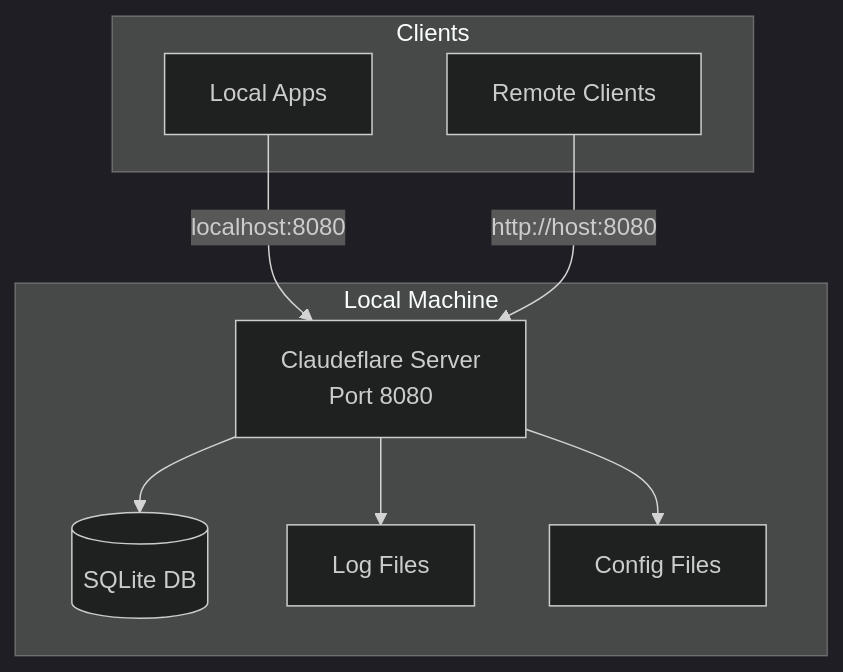
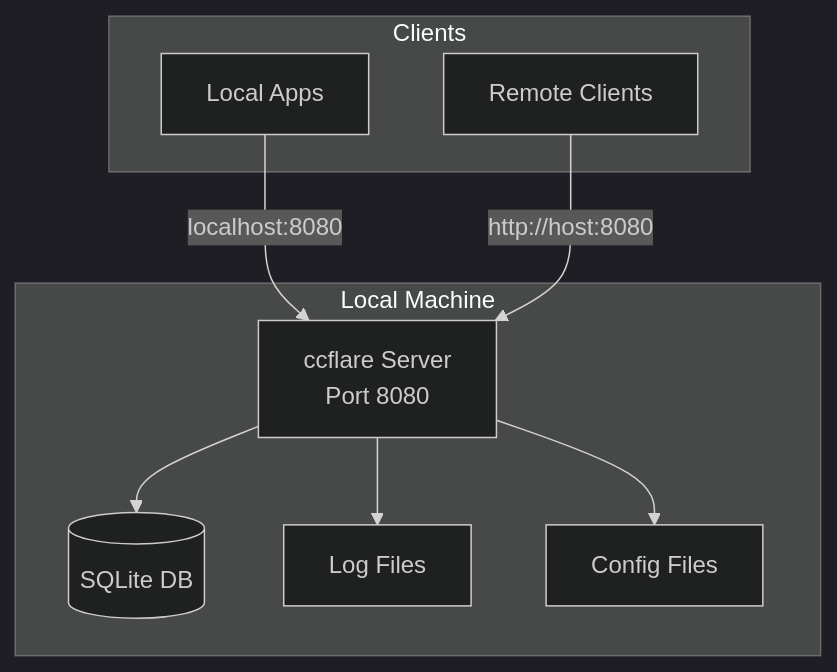
Diagram 16 of 17 in docs/architecture.md (tombii/better-ccflare), drawn with Mermaid (dark theme) before and after one commit. The commit also changed other lines of this file and 141 other files, not shown here.

First line of the commit message:
refactor(core): rename Claudeflare to ccflare across repo

````diff
--- a/docs/architecture.md
+++ b/docs/architecture.md
@@ -922,20 +922,20 @@
 ```mermaid
 graph TB
     subgraph "Local Machine"
-        SERVER[Claudeflare Server<br/>Port 8080]
+        SERVER[ccflare Server<br/>Port 8080]
         DB[(SQLite DB)]
         LOGS[Log Files]
         CONFIG[Config Files]
     end
     
     subgraph "Clients"
         LOCAL[Local Apps]
         REMOTE[Remote Clients]
     end
     
     LOCAL -->|localhost:8080| SERVER
     REMOTE -->|http://host:8080| SERVER
     SERVER --> DB
     SERVER --> LOGS
     SERVER --> CONFIG
 ```
````
